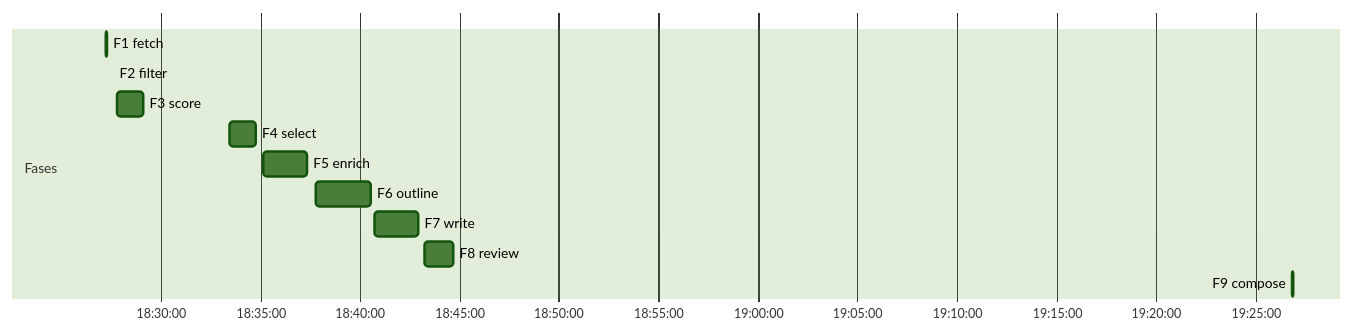
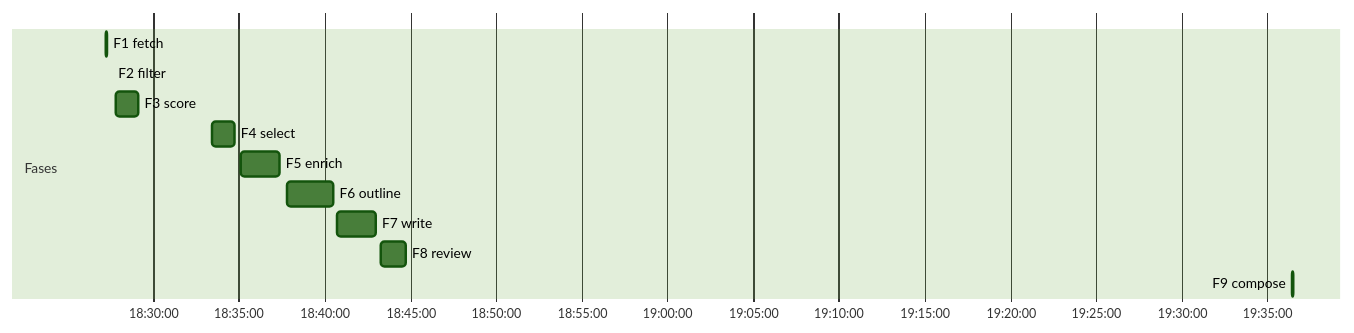
Before and after one commit to Paumen/Zonzijde: the third of 3 diagrams in editions/2026-07-29/report.md, drawn with Mermaid (forest theme). The commit also changed other lines of this file and 4 other files, not shown here.

````diff
--- a/editions/2026-07-29/report.md
+++ b/editions/2026-07-29/report.md
@@ -113,15 +113,15 @@
 ```mermaid
 gantt
     dateFormat YYYY-MM-DD HH:mm:ss
     axisFormat %H:%M:%S
     section Fases
     F1 fetch :2026-07-28 18:27:14, 5s
     F2 filter :2026-07-28 18:27:37, 1s
     F3 score :2026-07-28 18:27:49, 79s
     F4 select :2026-07-28 18:33:27, 79s
     F5 enrich :2026-07-28 18:35:08, 134s
     F6 outline :2026-07-28 18:37:48, 164s
     F7 write :2026-07-28 18:40:45, 132s
     F8 review :2026-07-28 18:43:15, 88s
-    F9 compose :2026-07-28 19:26:51, 3s
+    F9 compose :2026-07-28 19:36:28, 3s
 ```
````
